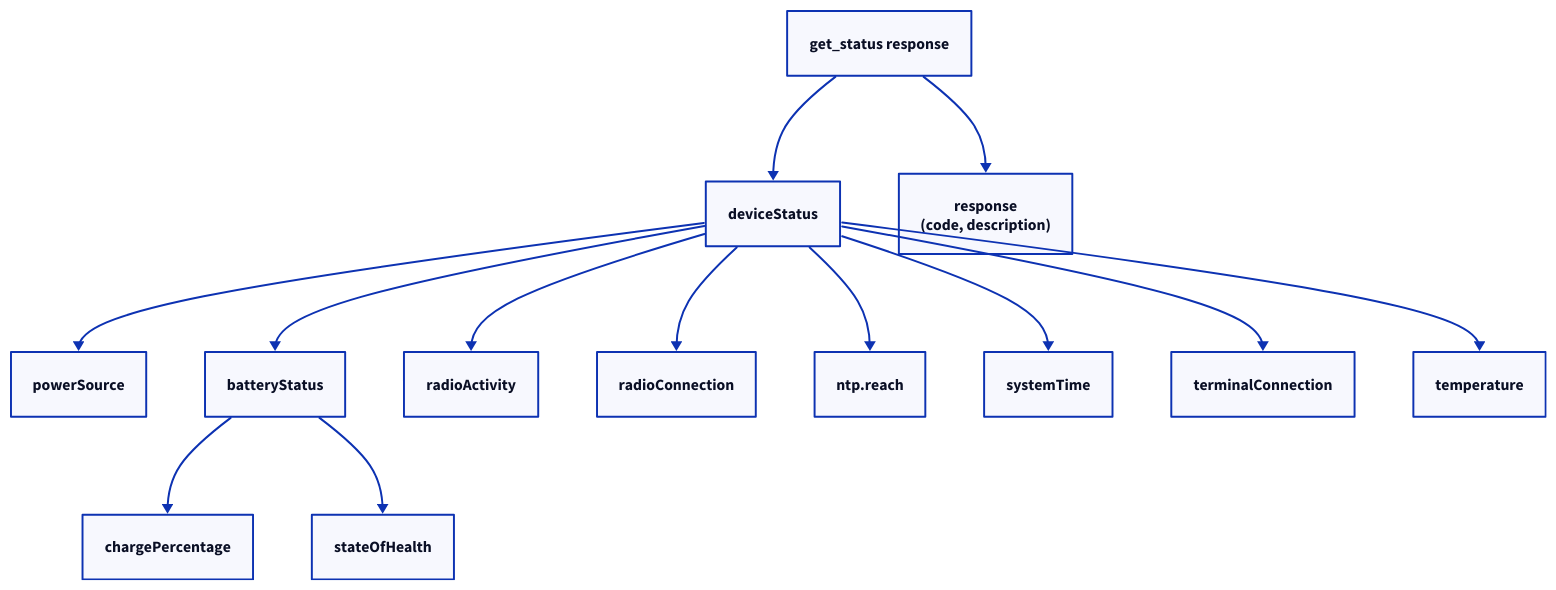
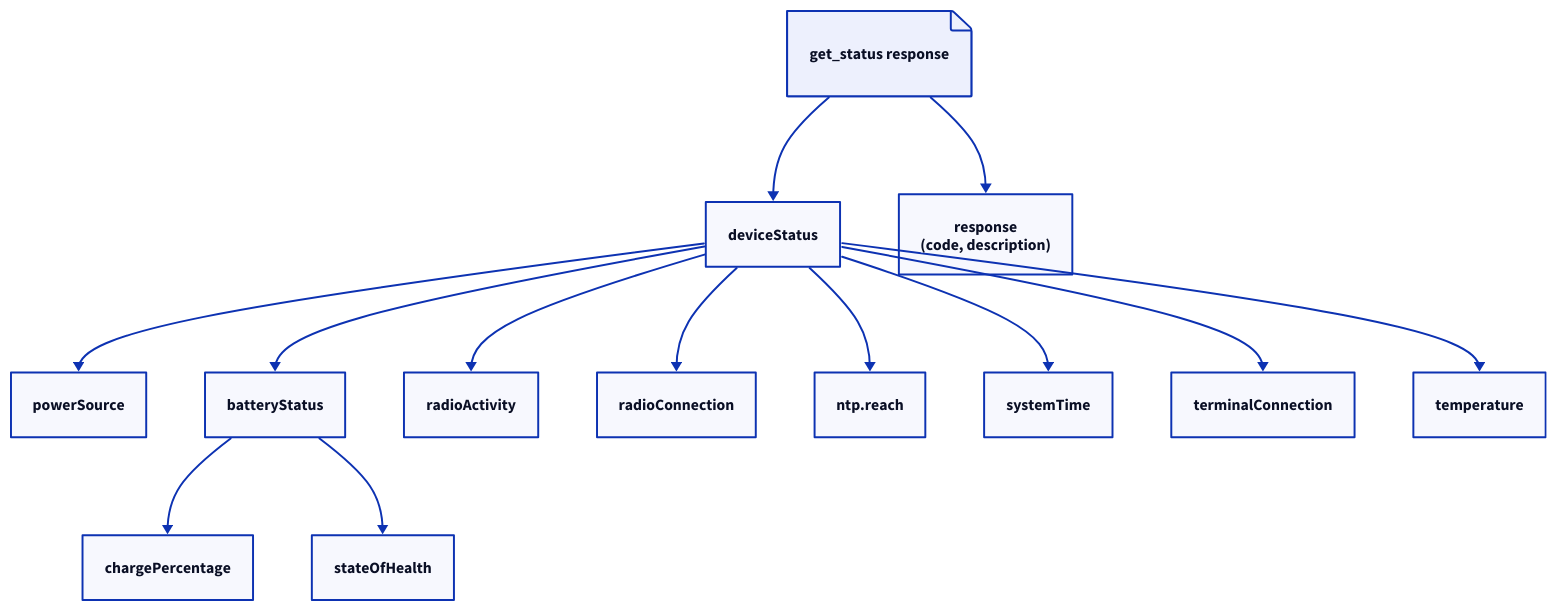
Before and after one commit to admiral-ai/zebra-handheld-rfid-iotc: the diagram in docs/observability/monitoring/device-health.md, drawn with D2. The commit also changed 40 other files, not shown here.

First line of the commit message:
Redesign all 54 D2 diagrams to a unified visual system

````diff
--- a/docs/observability/monitoring/device-health.md
+++ b/docs/observability/monitoring/device-health.md
@@ -20,27 +20,28 @@
 ```d2
-R: get_status response
+R: "get_status response" { shape: page }
 DS: deviceStatus
 RR: "response\n(code, description)"
 PS: powerSource
 BS: batteryStatus
 RA: radioActivity
 RC: radioConnection
 NT: ntp.reach
 ST: systemTime
 TC: terminalConnection
 TM: temperature
 BC: chargePercentage
 BH: stateOfHealth
 R -> DS
 R -> RR
 DS -> PS
 DS -> BS
 DS -> RA
 DS -> RC
 DS -> NT
 DS -> ST
 DS -> TC
 DS -> TM
 BS -> BC
 BS -> BH
+
 ```
````
